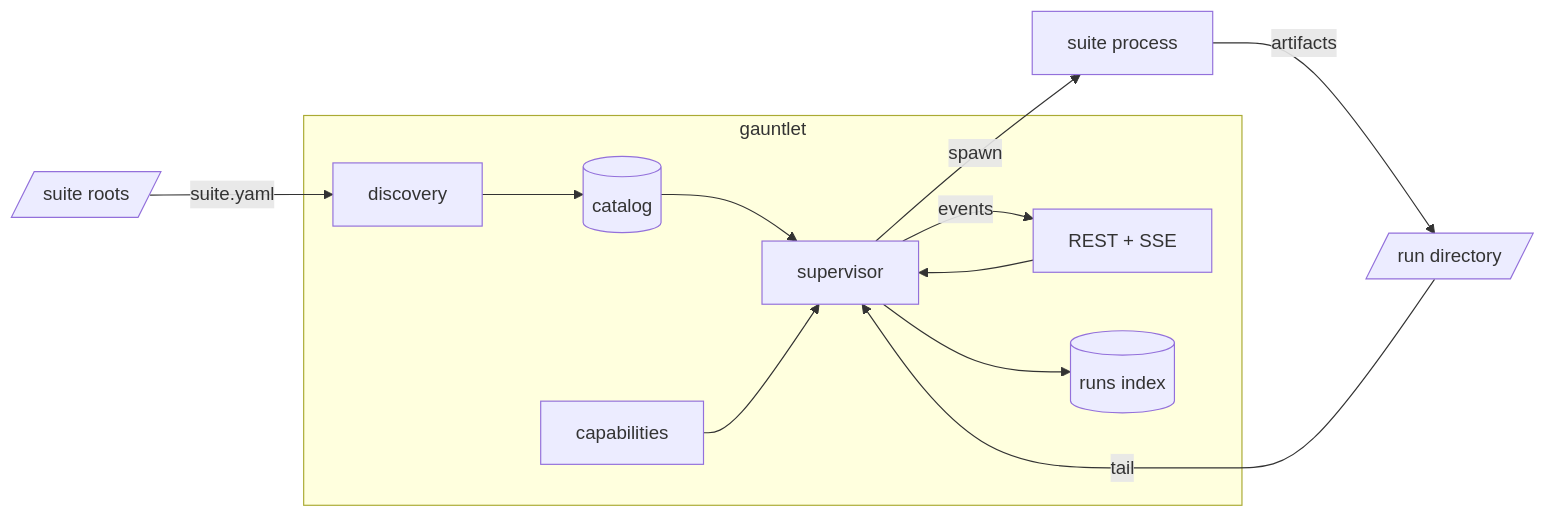
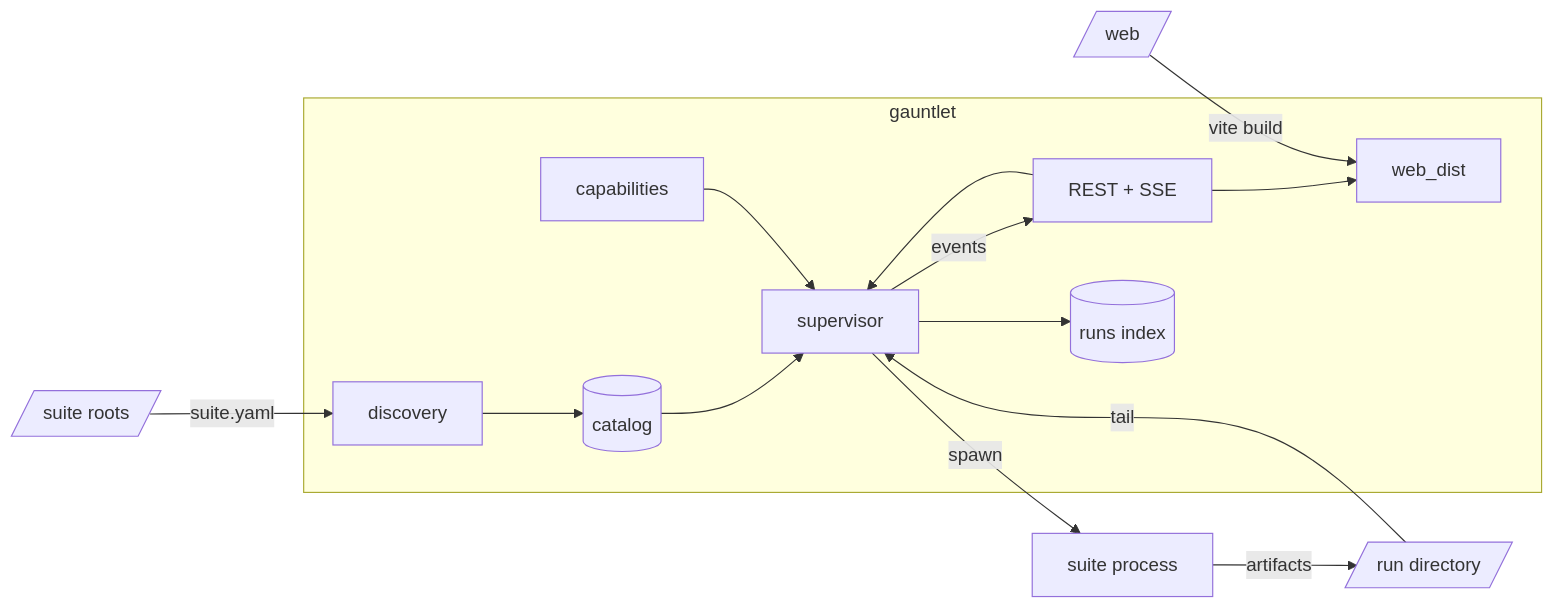
One commit to trl11/trl-gauntlet changed the diagram in docs/architecture.md. Above: the diagram before and after it, drawn with Mermaid. The commit also changed other lines of this file and 6 other files, not shown here.

````diff
--- a/docs/architecture.md
+++ b/docs/architecture.md
@@ -8,16 +8,18 @@
 ```mermaid
 flowchart LR
     subgraph app["gauntlet"]
         DISC[discovery] --> CAT[(catalog)]
         API[REST + SSE] --> SUP[supervisor]
         CAT --> SUP
         CAP[capabilities] --> SUP
         SUP --> IDX[(runs index)]
+        API --> DIST[web_dist]
     end
 
     ROOTS[/suite roots/] -->|suite.yaml| DISC
     SUP -->|spawn| PROC[suite process]
     PROC -->|artifacts| RUN[/run directory/]
     RUN -->|tail| SUP
     SUP -->|events| API
+    WEB[/web/] -->|vite build| DIST
 ```
````
